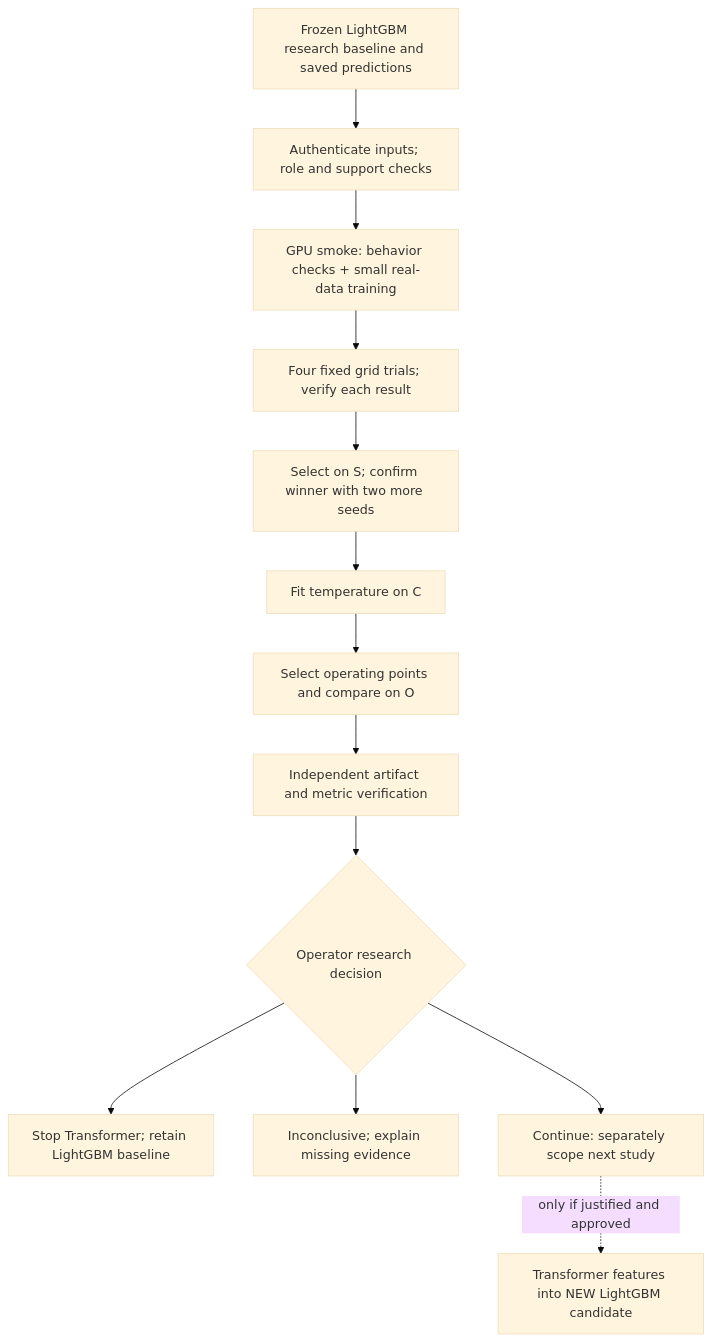
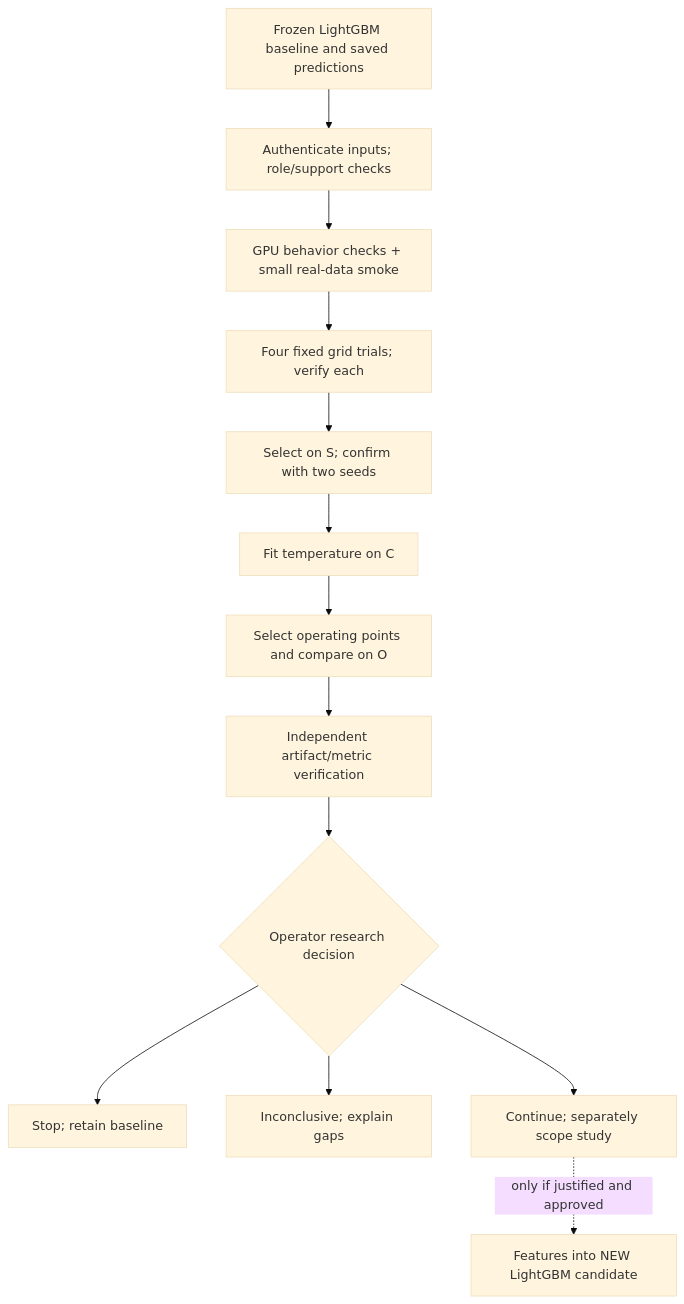
Before and after one commit to khab40/lob-arena: the diagram in docs/architecture/ARD-0042-transformer-lightgbm-research-sequence.md, drawn with Mermaid (base theme). The commit also changed other lines of this file and 1 other file, not shown here.

````diff
--- a/docs/architecture/ARD-0042-transformer-lightgbm-research-sequence.md
+++ b/docs/architecture/ARD-0042-transformer-lightgbm-research-sequence.md
@@ -70,15 +82,15 @@
 ```mermaid
 flowchart TD
-    L["Frozen LightGBM research baseline and saved predictions"] --> A["Authenticate inputs; role and support checks"]
-    A --> S["GPU smoke: behavior checks + small real-data training"]
-    S --> G["Four fixed grid trials; verify each result"]
-    G --> W["Select on S; confirm winner with two more seeds"]
+    L["Frozen LightGBM baseline and saved predictions"] --> A["Authenticate inputs; role/support checks"]
+    A --> S["GPU behavior checks + small real-data smoke"]
+    S --> G["Four fixed grid trials; verify each"]
+    G --> W["Select on S; confirm with two seeds"]
     W --> C["Fit temperature on C"]
     C --> O["Select operating points and compare on O"]
-    O --> V["Independent artifact and metric verification"]
+    O --> V["Independent artifact/metric verification"]
     V --> D{"Operator research decision"}
-    D --> Stop["Stop Transformer; retain LightGBM baseline"]
-    D --> Inc["Inconclusive; explain missing evidence"]
-    D --> Next["Continue: separately scope next study"]
-    Next -. "only if justified and approved" .-> Cascade["Transformer features into NEW LightGBM candidate"]
+    D --> Stop["Stop; retain baseline"]
+    D --> Inc["Inconclusive; explain gaps"]
+    D --> Next["Continue; separately scope study"]
+    Next -. "only if justified and approved" .-> Cascade["Features into NEW LightGBM candidate"]
 ```
````
